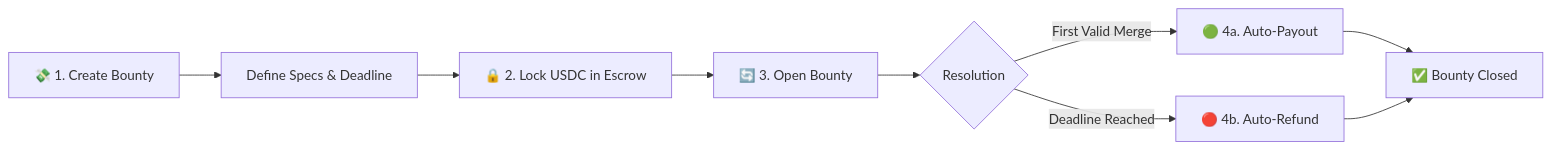
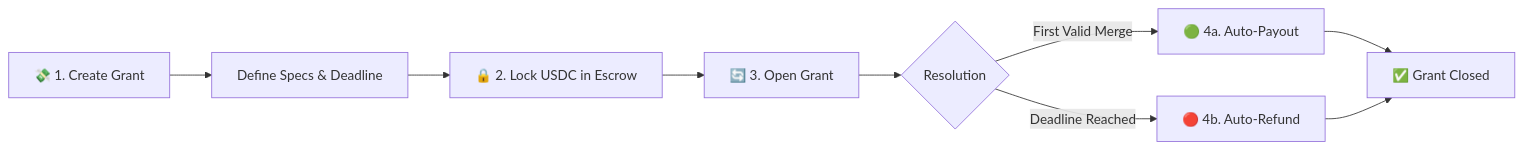
One commit to b3ww/ethglobal changed the second of 4 diagrams in README.md. Above: the diagram before and after it, drawn with Mermaid. The commit also changed other lines of this file and 1 other file, not shown here.

````diff
--- a/README.md
+++ b/README.md
@@ -50,11 +51,11 @@
 ```mermaid
 graph LR
-    A[💸 1. Create Bounty] --> B[Define Specs & Deadline]
+    A[💸 1. Create Grant] --> B[Define Specs & Deadline]
     B --> C[🔒 2. Lock USDC in Escrow]
-    C --> D[🔄 3. Open Bounty]
+    C --> D[🔄 3. Open Grant]
     D --> E{Resolution}
     E -->|First Valid Merge| F[🟢 4a. Auto-Payout]
     E -->|Deadline Reached| G[🔴 4b. Auto-Refund]
-    F --> H[✅ Bounty Closed]
+    F --> H[✅ Grant Closed]
     G --> H
 ```
````
